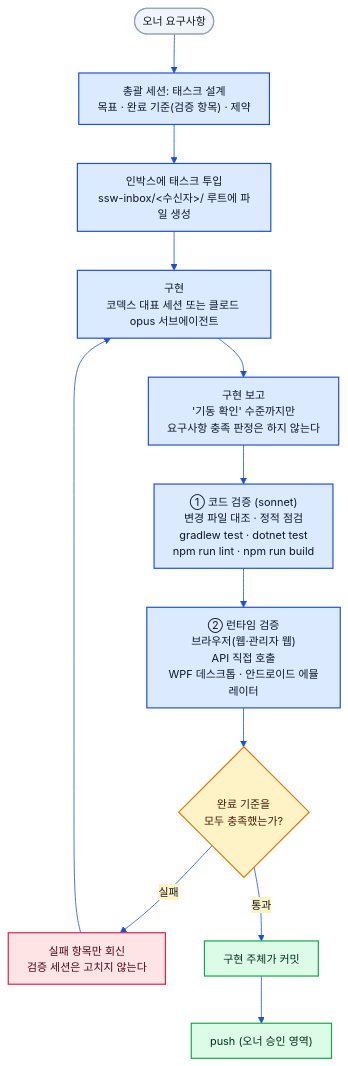
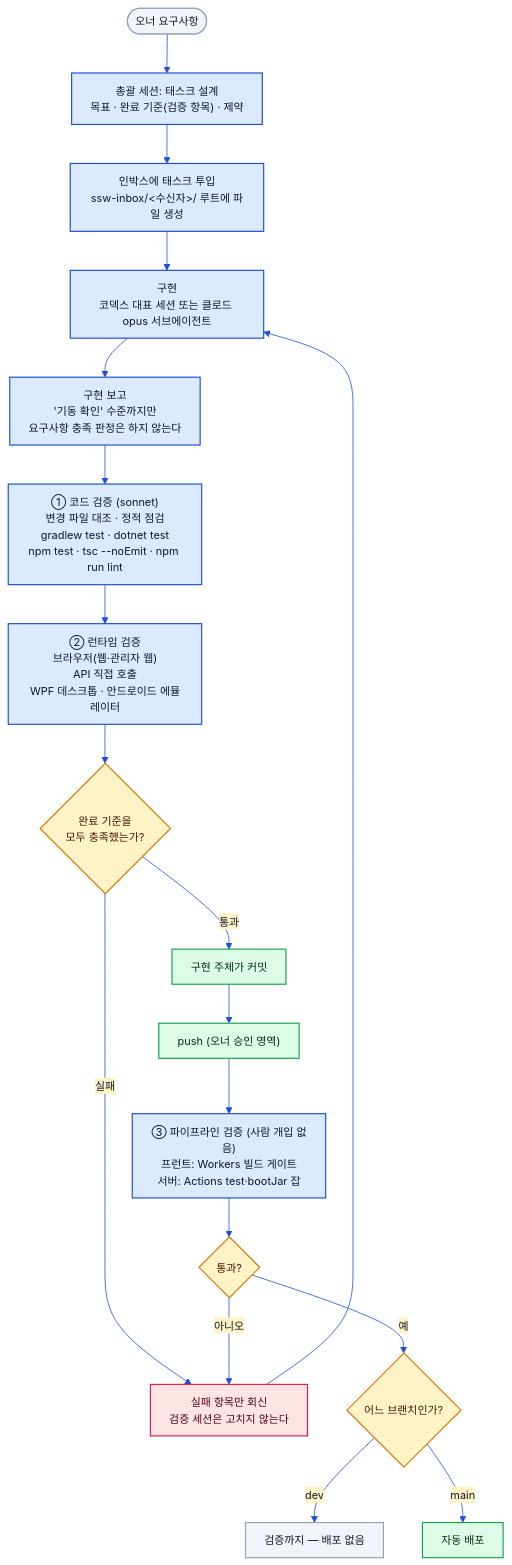
One commit to s-work-agency/ssw-e-commerce-demo-public changed the first of 2 diagrams in docs/architecture/08-verification-pipeline.md. Above: the diagram before and after it, drawn with Mermaid. The commit also changed other lines of this file and 11 other files, not shown here.

````diff
--- a/docs/architecture/08-verification-pipeline.md
+++ b/docs/architecture/08-verification-pipeline.md
@@ -13,30 +13,37 @@
 ```mermaid
 %%{init: {"theme":"base","fontFamily":"Pretendard, Malgun Gothic, sans-serif","themeVariables":{"fontSize":"14px","primaryColor":"#DBEAFE","primaryBorderColor":"#1D4ED8","primaryTextColor":"#0F172A","lineColor":"#1D4ED8","secondaryColor":"#FEF3C7","tertiaryColor":"#DCFCE7","clusterBkg":"#F8FAFC","clusterBorder":"#CBD5E1","noteBkgColor":"#FEF3C7","noteBorderColor":"#D97706","actorBkg":"#DBEAFE","actorBorder":"#1D4ED8","actorTextColor":"#0F172A","signalColor":"#1D4ED8","signalTextColor":"#0F172A","labelBoxBkgColor":"#DBEAFE","labelBoxBorderColor":"#1D4ED8","altSectionBkgColor":"#F8FAFC"},"flowchart":{"curve":"basis","htmlLabels":true,"padding":12}}}%%
 %% 공통 브랜드 테마 — architecture/*.md 전 다이어그램에 동일한 init 블록이 들어간다. 색을 바꿀 때는 이 폴더 전 파일을 일괄 치환할 것.
 flowchart TD
     req(["오너 요구사항"]) --> design["총괄 세션: 태스크 설계<br/>목표 · 완료 기준(검증 항목) · 제약"]
     design --> dispatch["인박스에 태스크 투입<br/>ssw-inbox/&lt;수신자&gt;/ 루트에 파일 생성"]
 
     dispatch --> impl["구현<br/>코덱스 대표 세션 또는 클로드 opus 서브에이전트"]
     impl --> report["구현 보고<br/>'기동 확인' 수준까지만<br/>요구사항 충족 판정은 하지 않는다"]
 
-    report --> vcode["① 코드 검증 (sonnet)<br/>변경 파일 대조 · 정적 점검<br/>gradlew test · dotnet test<br/>npm run lint · npm run build"]
+    report --> vcode["① 코드 검증 (sonnet)<br/>변경 파일 대조 · 정적 점검<br/>gradlew test · dotnet test<br/>npm test · tsc --noEmit · npm run lint"]
     vcode --> vrun["② 런타임 검증<br/>브라우저(웹·관리자 웹)<br/>API 직접 호출<br/>WPF 데스크톱 · 안드로이드 에뮬레이터"]
 
     vrun --> verdict{"완료 기준을<br/>모두 충족했는가?"}
     verdict -->|"실패"| fail["실패 항목만 회신<br/>검증 세션은 고치지 않는다"]
     fail --> impl
     verdict -->|"통과"| commit["구현 주체가 커밋"]
     commit --> push["push (오너 승인 영역)"]
 
+    push --> ci["③ 파이프라인 검증 (사람 개입 없음)<br/>프런트: Workers 빌드 게이트<br/>서버: Actions test·bootJar 잡"]
+    ci --> pass{"통과?"}
+    pass -->|"아니오"| fail
+    pass -->|"예"| brc{"어느 브랜치인가?"}
+    brc -->|"dev"| only["검증까지 — 배포 없음"]
+    brc -->|"main"| deploy["자동 배포"]
+
     classDef step fill:#DBEAFE,stroke:#1D4ED8,stroke-width:1.5px,color:#0F172A
     classDef gate fill:#FEF3C7,stroke:#D97706,stroke-width:1.5px,color:#451A03
     classDef failc fill:#FFE4E6,stroke:#E11D48,stroke-width:1.5px,color:#4C0519
     classDef ok fill:#DCFCE7,stroke:#16A34A,stroke-width:1.5px,color:#052E16
     classDef ext fill:#F1F5F9,stroke:#94A3B8,stroke-width:1.5px,color:#0F172A
-    class design,dispatch,impl,report,vcode,vrun step
-    class verdict gate
+    class design,dispatch,impl,report,vcode,vrun,ci step
+    class verdict,pass,brc gate
     class fail failc
-    class commit,push ok
-    class req ext
+    class commit,push,deploy ok
+    class req,only ext
 ```
````
